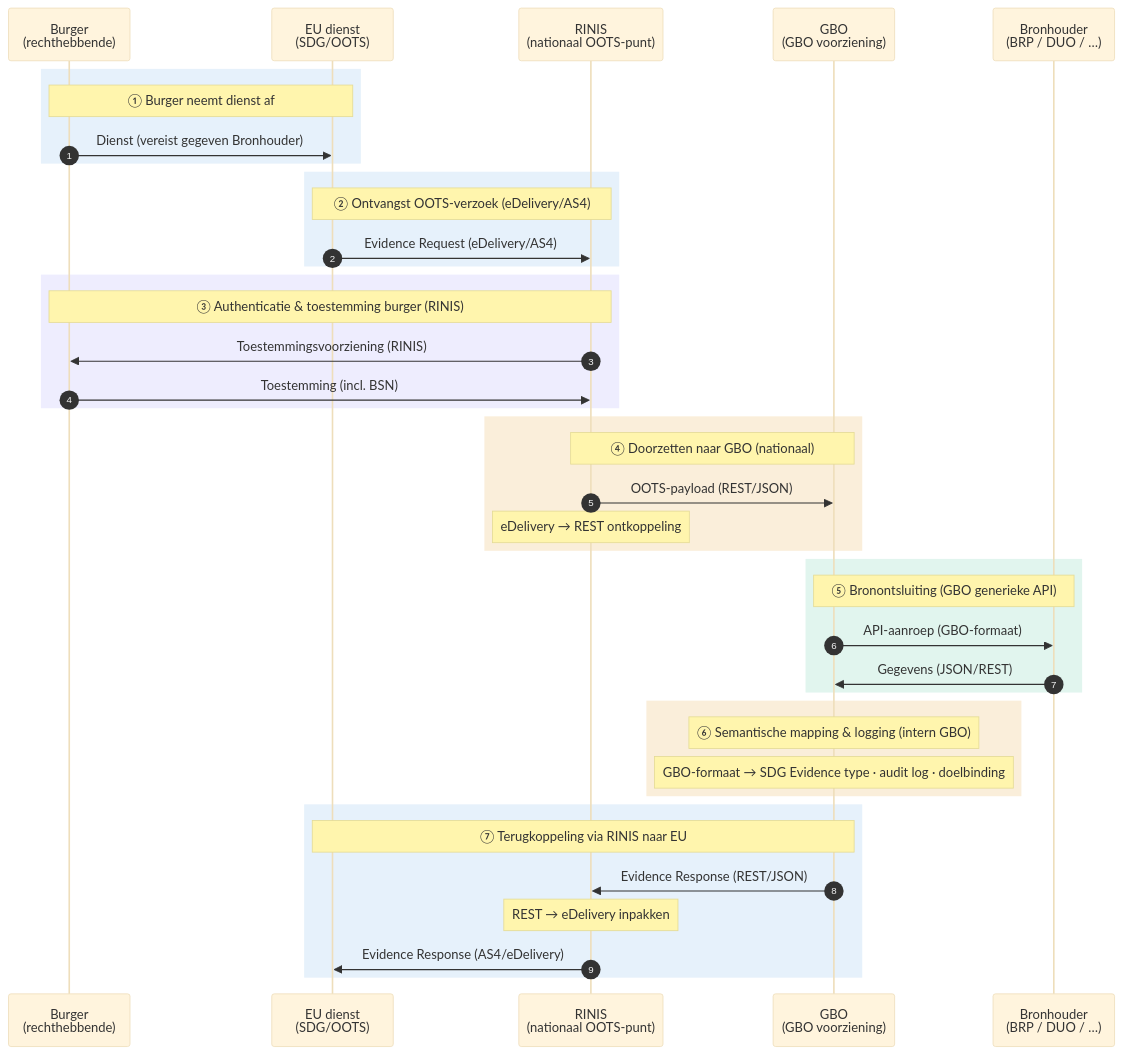
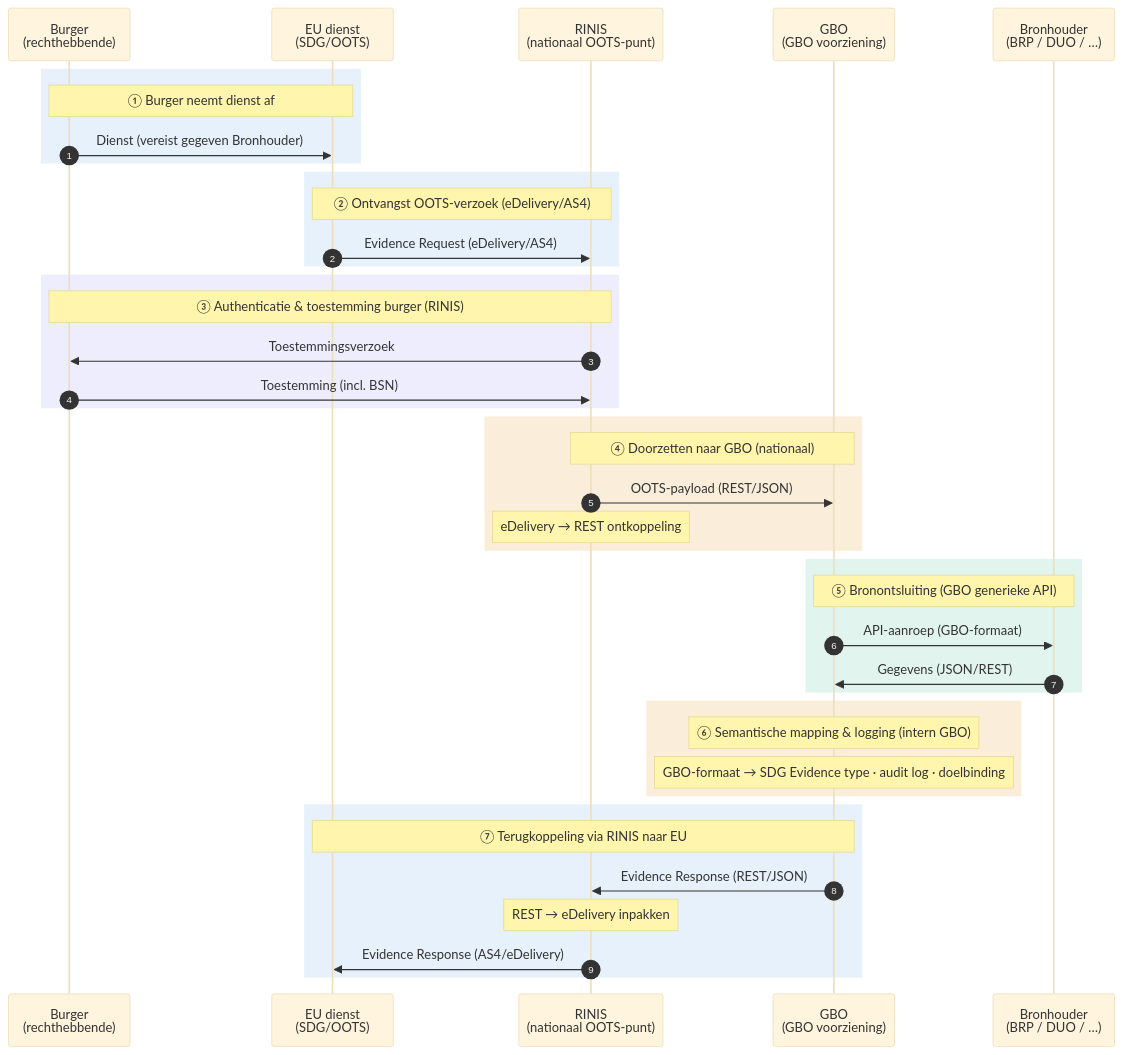
Before and after one commit to ICTU/GBO: the diagram in docs/diagrammen/interactiepatroon-SDG-OOTS-verzoek.mmd, drawn with Mermaid (base theme). The commit also changed 5 other files, not shown here.

````diff
--- a/docs/diagrammen/interactiepatroon-SDG-OOTS-verzoek.mmd
+++ b/docs/diagrammen/interactiepatroon-SDG-OOTS-verzoek.mmd
@@ -1,52 +1,52 @@
 ``` mermaid
 
 sequenceDiagram
     autonumber
     participant BRG as Burger<br/>(rechthebbende)
     participant EU as EU dienst<br/>(SDG/OOTS)
     participant RINIS as RINIS<br/>(nationaal OOTS-punt)
     participant GBO as GBO<br/>(GBO voorziening)
     participant BRH as Bronhouder<br/>(BRP / DUO / …)
 
     rect rgb(230, 241, 251)
         Note over BRG,EU: ① Burger neemt dienst af
         BRG->>EU: Dienst (vereist gegeven Bronhouder)
     end
 
     rect rgb(230, 241, 251)
         Note over EU,RINIS: ② Ontvangst OOTS-verzoek (eDelivery/AS4)
         EU->>RINIS: Evidence Request (eDelivery/AS4)
     end
 
 
     rect rgb(238, 237, 254)
         Note over RINIS,BRG: ③ Authenticatie & toestemming burger (RINIS)
-        RINIS->>BRG: Toestemmingsvoorziening (RINIS)
+        RINIS->>BRG: Toestemmingsverzoek
         BRG->>RINIS: Toestemming (incl. BSN)
     end
 
     rect rgb(250, 238, 218)
         Note over RINIS,GBO: ④ Doorzetten naar GBO (nationaal)
         RINIS->>GBO: OOTS-payload (REST/JSON)
         Note over RINIS: eDelivery → REST ontkoppeling
     end
 
     rect rgb(225, 245, 238)
         Note over GBO,BRH: ⑤ Bronontsluiting (GBO generieke API)
         GBO->>BRH: API-aanroep (GBO-formaat)
         BRH->>GBO: Gegevens (JSON/REST)
     end
 
     rect rgb(250, 238, 218)
         Note over GBO: ⑥ Semantische mapping & logging (intern GBO)
         Note over GBO: GBO-formaat → SDG Evidence type · audit log · doelbinding
     end
 
     rect rgb(230, 241, 251)
         Note over GBO,EU: ⑦ Terugkoppeling via RINIS naar EU
         GBO->>RINIS: Evidence Response (REST/JSON)
         Note over RINIS: REST → eDelivery inpakken
         RINIS->>EU: Evidence Response (AS4/eDelivery)
     end
 
 ```
````
